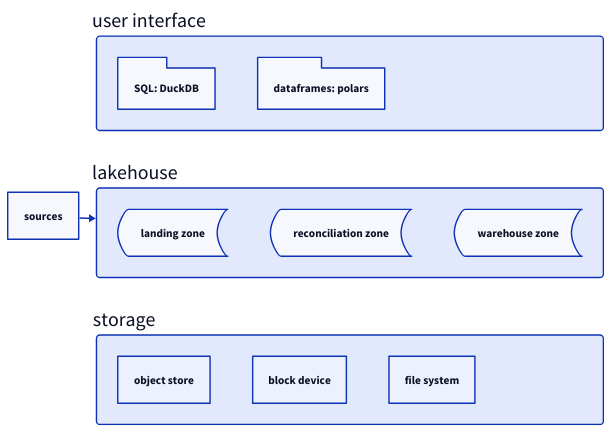
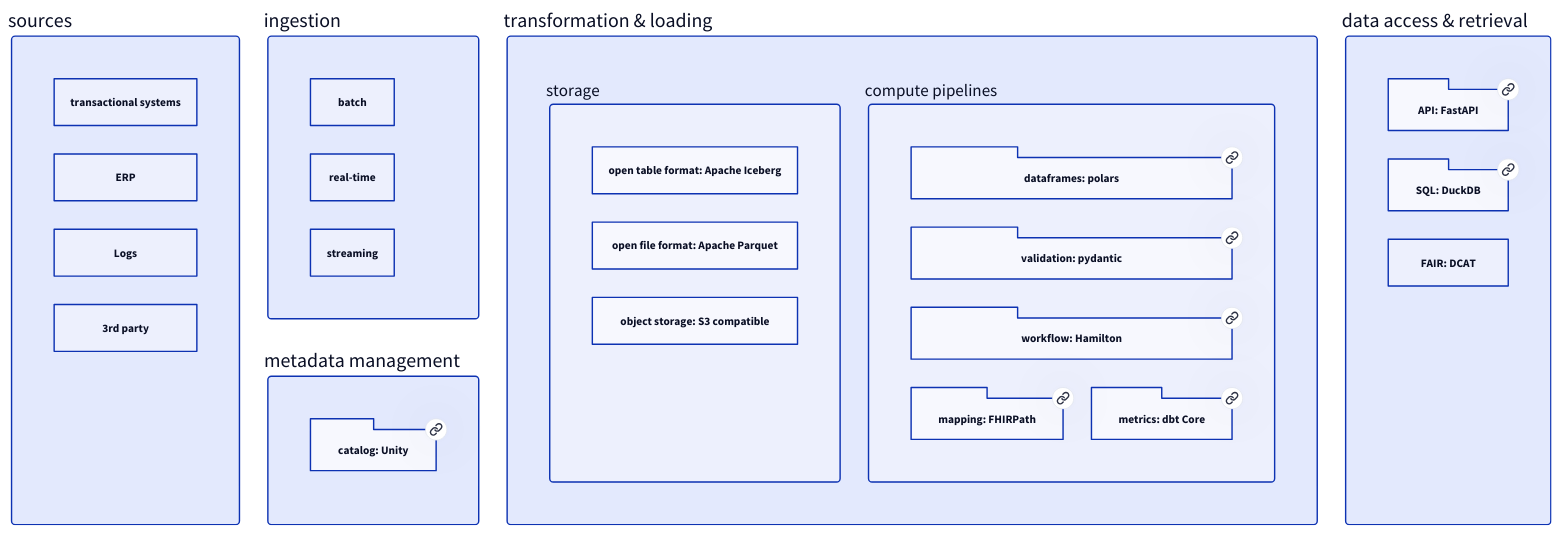
Before and after one commit to plugin-healthcare/federated-composable-datastack: the diagram in paper/layers.d2, drawn with D2.

```diff
--- a/paper/layers.d2
+++ b/paper/layers.d2
@@ -1,47 +1,90 @@
 classes: {
   layer: {
     label.near: outside-top-left
     style.border-radius: 5
   }
   component: {
     shape: package
   }
   zone: {
     shape: stored_data
   }
 }
-user interface: {
+
+grid-columns: 4
+
+sources: {
   class: layer
-  SQL\: DuckDB: {
+  grid-rows: 4
+  transactional systems
+  ERP
+  Logs
+  3rd party
+}
+
+ingestion: {
+  class: layer
+  grid-rows: 3
+  batch
+  real-time
+  streaming
+}
+
+metadata management: {
+  class: layer
+  grid-columns: 2
+  catalog\: Unity: {
     class: component
+    link: https://docs.unitycatalog.io/
   }
-  dataframes\: polars: {
-    class: component
+}
+transformation \& loading: {
+  class: layer
+  grid-columns: 2
+  storage: {
+    grid-rows: 3
+    class: layer
+    open table format\: Apache Iceberg
+    open file format\: Apache Parquet
+    object storage\: S3 compatible
+  }
+  compute pipelines: {
+    grid-rows: 4
+    class: layer
+
+    dataframes\: polars: {
+      class: component
+      link: https://pola.rs/
+    }
+    validation\: pydantic: {
+      class: component
+      link: https://docs.pydantic.dev/latest/
+    }
+    workflow\: Hamilton: {
+      class: component
+      link: https://hamilton.dagworks.io/en/latest/
+    }
+    mapping\: FHIRPath: {
+      class: component
+      link: https://github.com/beda-software/FHIRPathMappingLanguage
+    }
+    metrics\: dbt Core: {
+      class: component
+      link: https://docs.getdbt.com/docs/core/installation-overview
+    }
   }
 }
 
-grid-rows: 3
-lakehouse: {
+data access \& retrieval: {
   class: layer
-  landing zone: {
-    class: zone
+  grid-rows: 3
+  API\: FastAPI: {
+    class: component
+    link: https://fastapi.tiangolo.com/
   }
-  reconciliation zone: {
-    class: zone
+  SQL\: DuckDB: {
+    class: component
+    link: https://duckdb.org/
   }
-  warehouse zone: {
-    class: zone
-  }
+  FAIR\: DCAT
 }
-storage: {
-  class: layer
-  object store
-  block device
-  file system
-}
-
-sources: {
-  near: center-left
-}
-
-sources -> lakehouse
```
